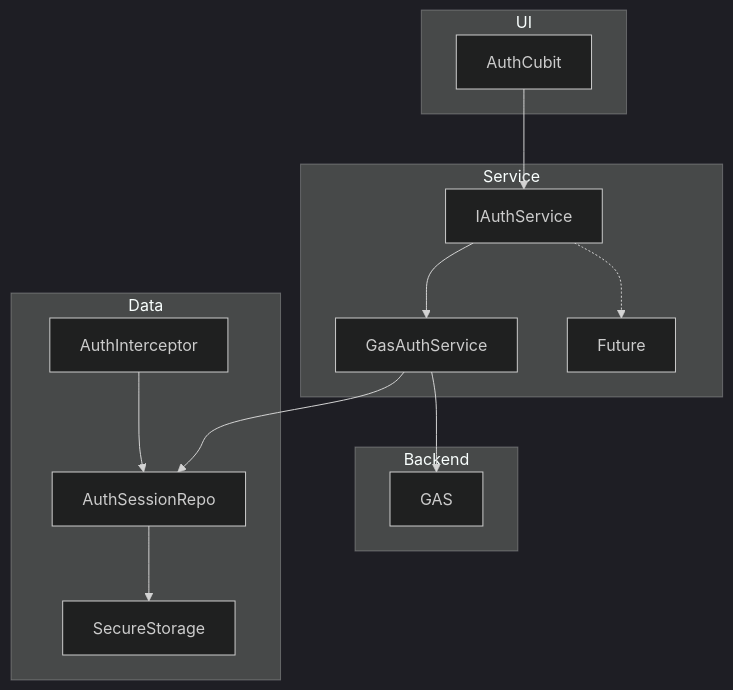
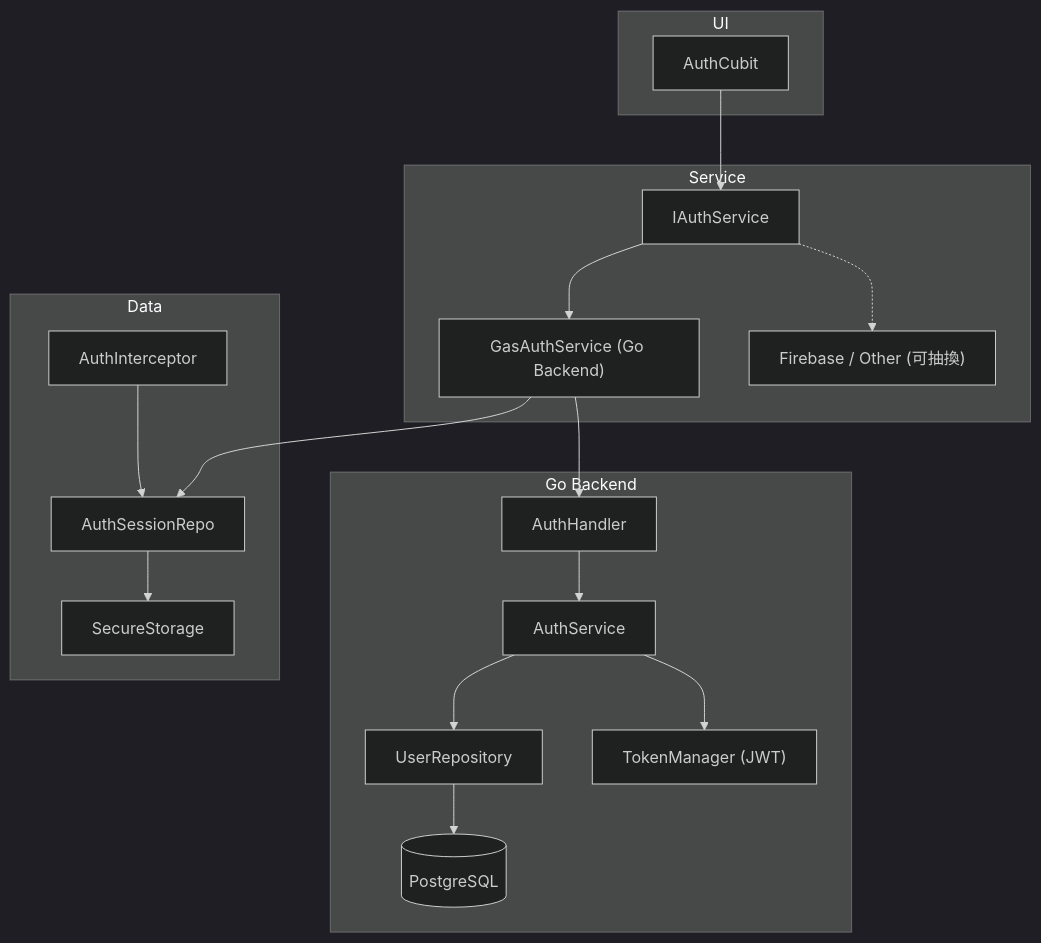
Before and after one commit to dectecx/SummitMate: the first of 5 diagrams in docs/architecture/AUTH.md, drawn with Mermaid (dark theme). The commit also changed other lines of this file and 11 other files, not shown here.

Commit message:
docs: update all documentation to reflect Go backend and current architecture

````diff
--- a/docs/architecture/AUTH.md
+++ b/docs/architecture/AUTH.md
@@ -64,21 +9,24 @@
 ```mermaid
 graph TD
     subgraph UI
         AuthCubit
     end
     subgraph Service
-        IAuthService --> GasAuthService
-        IAuthService -.-> FirebaseAuth[Future]
+        IAuthService --> GasAuthService["GasAuthService (Go Backend)"]
+        IAuthService -.-> FutureImpl["Firebase / Other (可抽換)"]
     end
     subgraph Data
         AuthSessionRepo --> SecureStorage
         AuthInterceptor --> AuthSessionRepo
     end
-    subgraph Backend
-        GAS
+    subgraph GoBackend["Go Backend"]
+        AuthHandler --> AuthService
+        AuthService --> UserRepo["UserRepository"]
+        AuthService --> TokenManager["TokenManager (JWT)"]
+        UserRepo --> PG[(PostgreSQL)]
     end
 
     AuthCubit --> IAuthService
     GasAuthService --> AuthSessionRepo
-    GasAuthService --> GAS
+    GasAuthService --> AuthHandler
 ```
````
